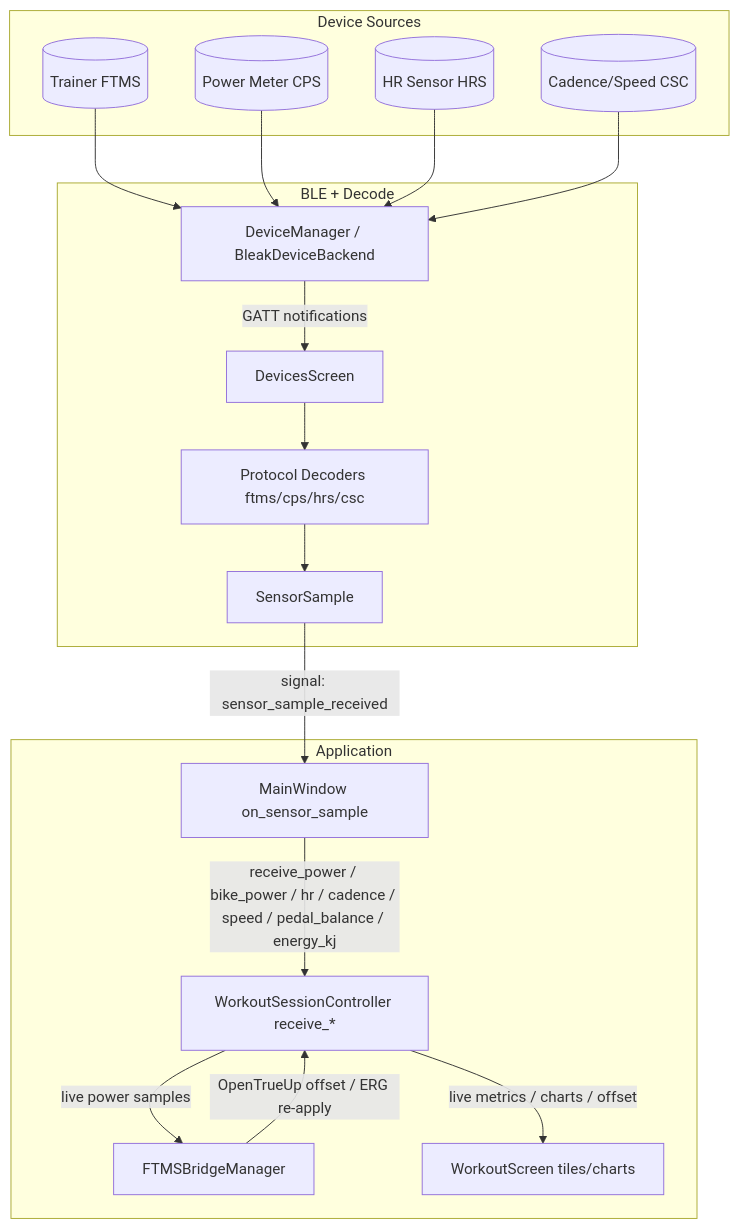
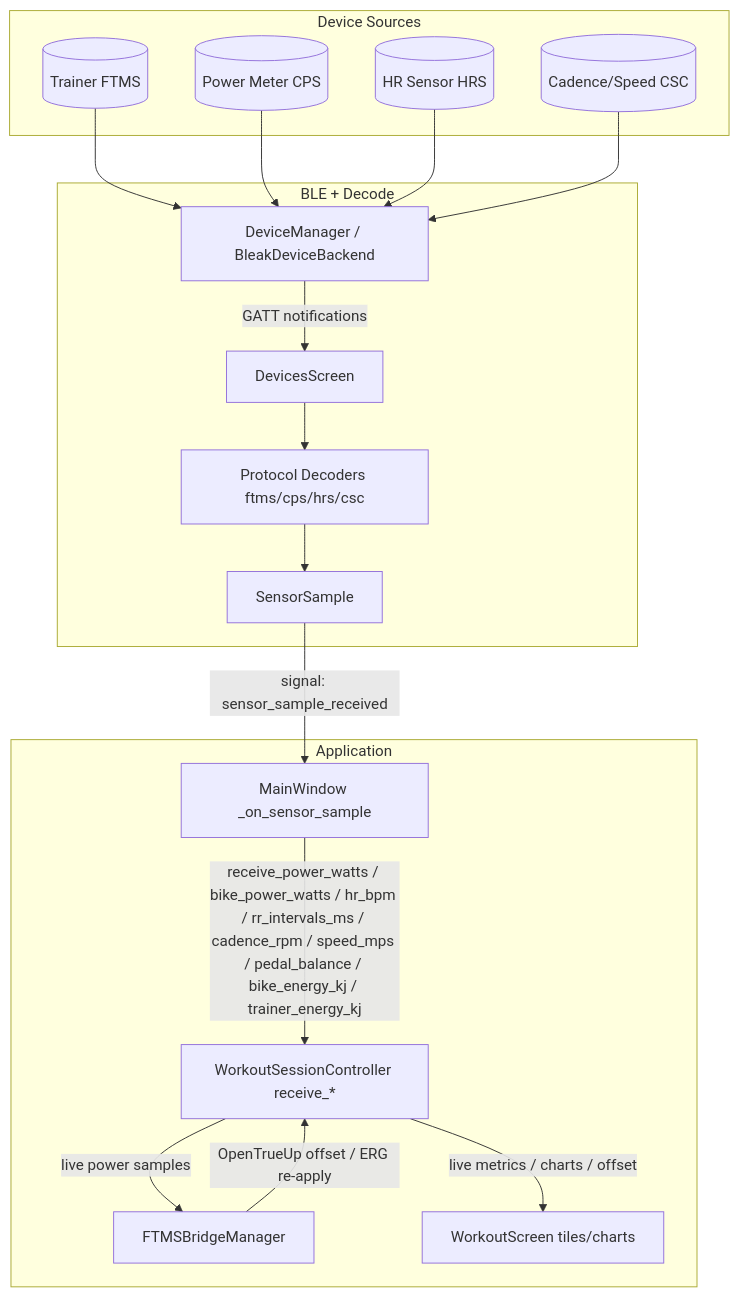
One commit to tbranyon/OpenCycleTrainer changed the second of 6 diagrams in Docs/ArchitectureDiagram.md. Above: the diagram before and after it, drawn with Mermaid. The commit also changed other lines of this file, not shown here.

First line of the commit message:
Bring the architecture diagram up to date

````diff
--- a/Docs/ArchitectureDiagram.md
+++ b/Docs/ArchitectureDiagram.md
@@ -60,36 +60,36 @@
 ```mermaid
 flowchart TD
     subgraph Sources[Device Sources]
         trainer[(Trainer FTMS)]
         pm[(Power Meter CPS)]
         hr[(HR Sensor HRS)]
         csc[(Cadence/Speed CSC)]
     end
 
     subgraph BLEStack[BLE + Decode]
         device_manager[DeviceManager / BleakDeviceBackend]
         devices_screen[DevicesScreen]
         decoders[Protocol Decoders ftms/cps/hrs/csc]
         sensor_sample[SensorSample]
     end
 
     subgraph App[Application]
-        main_window[MainWindow on_sensor_sample]
+        main_window[MainWindow _on_sensor_sample]
         controller[WorkoutSessionController receive_*]
         bridge_mgr[FTMSBridgeManager]
         workout_screen[WorkoutScreen tiles/charts]
     end
 
     trainer --> device_manager
     pm --> device_manager
     hr --> device_manager
     csc --> device_manager
     device_manager -->|GATT notifications| devices_screen
     devices_screen --> decoders
     decoders --> sensor_sample
     sensor_sample -->|signal: sensor_sample_received| main_window
-    main_window -->|receive_power / bike_power / hr / cadence / speed / pedal_balance / energy_kj| controller
+    main_window -->|receive_power_watts / bike_power_watts / hr_bpm / rr_intervals_ms / cadence_rpm / speed_mps / pedal_balance / bike_energy_kj / trainer_energy_kj| controller
     controller -->|live power samples| bridge_mgr
     bridge_mgr -->|OpenTrueUp offset / ERG re-apply| controller
     controller -->|live metrics / charts / offset| workout_screen
 ```
````
